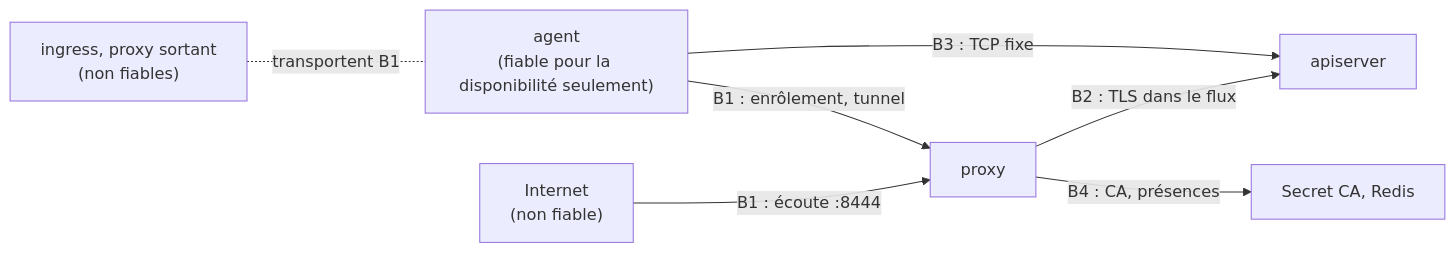
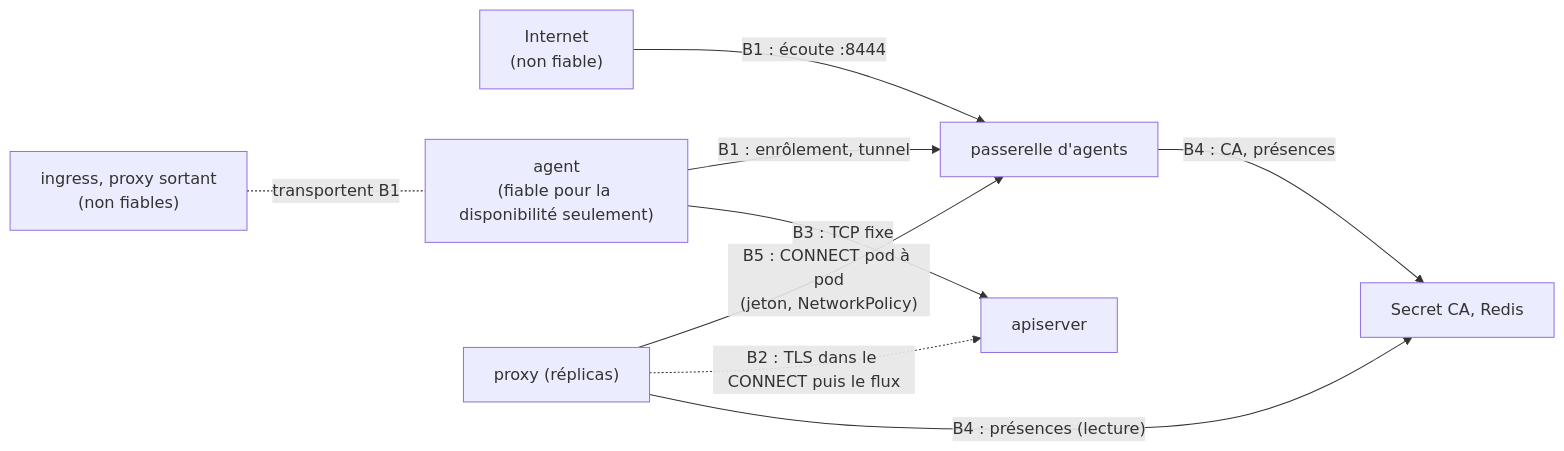
The fifth of 5 diagrams in .rfc/0012-agent-tunnel.md (batleforc/ProxyAuthK8S), drawn with Mermaid before and after one commit. The commit also changed other lines of this file and 1 other file, not shown here.

````diff
--- a/.rfc/0012-agent-tunnel.md
+++ b/.rfc/0012-agent-tunnel.md
@@ -623,9 +672,11 @@
 ```mermaid
 flowchart LR
-    X["Internet<br/>(non fiable)"] -- "B1 : écoute :8444" --> P["proxy"]
+    X["Internet<br/>(non fiable)"] -- "B1 : écoute :8444" --> P["passerelle d'agents"]
     G["agent<br/>(fiable pour la disponibilité seulement)"] -- "B1 : enrôlement, tunnel" --> P
     N["ingress, proxy sortant<br/>(non fiables)"] -. "transportent B1" .- G
-    P -- "B2 : TLS dans le flux" --> A["apiserver"]
+    Q["proxy (réplicas)"] -- "B5 : CONNECT pod à pod<br/>(jeton, NetworkPolicy)" --> P
+    Q -. "B2 : TLS dans le CONNECT puis le flux" .-> A["apiserver"]
     G -- "B3 : TCP fixe" --> A
     P -- "B4 : CA, présences" --> R["Secret CA, Redis"]
+    Q -- "B4 : présences (lecture)" --> R
 ```
````
